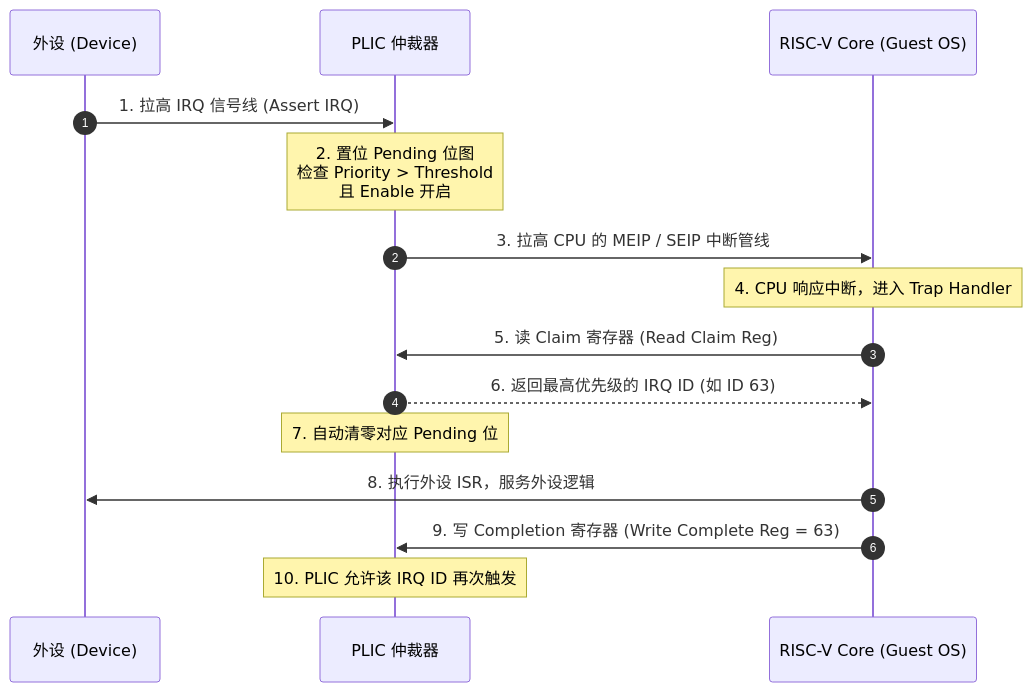
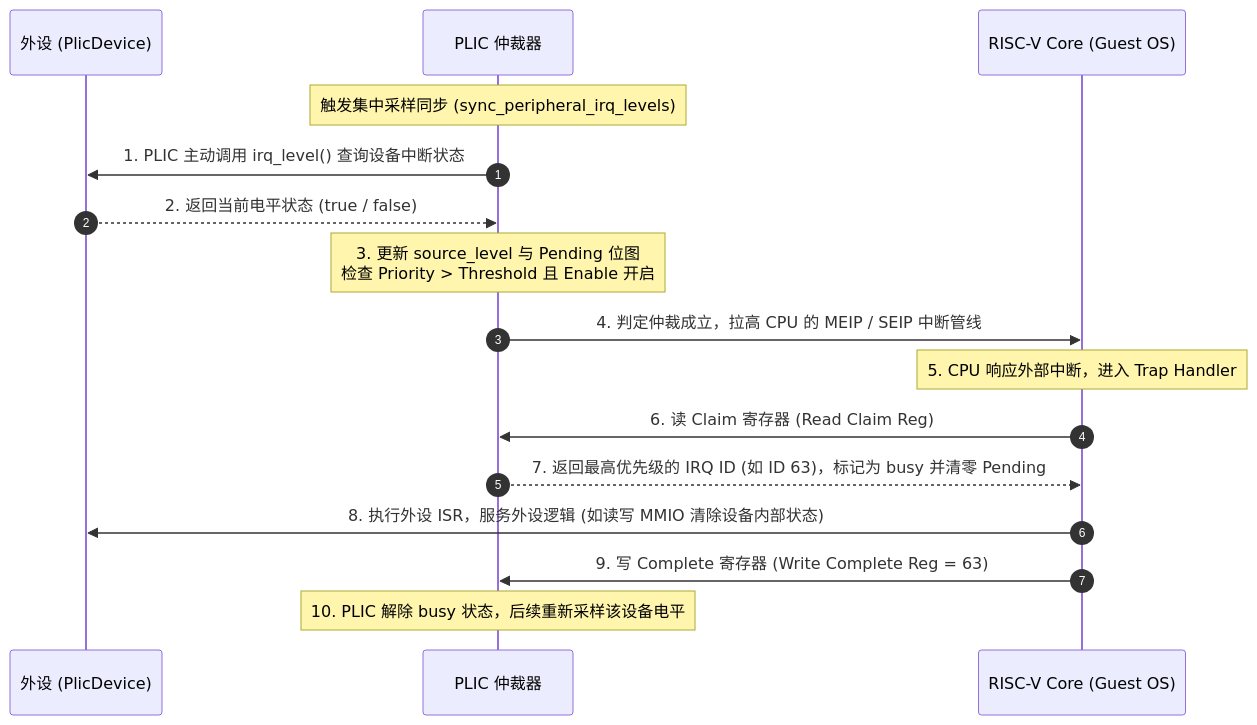
The second of 7 diagrams in content/projects/emu-exp-2026/Ch5.md (HEU-Direct-PhD-Program-in-CS/HEU-Direct-PhD-Program-in-CS.github.io), drawn with Mermaid before and after one commit. The commit also changed other lines of this file and 7 other files, not shown here.

````diff
--- a/content/projects/emu-exp-2026/Ch5.md
+++ b/content/projects/emu-exp-2026/Ch5.md
@@ -85,18 +86,19 @@
 ```mermaid
 sequenceDiagram
     autonumber
-    participant Dev as 外设 (Device)
+    participant Dev as 外设 (PlicDevice)
     participant PLIC as PLIC 仲裁器
     participant CPU as RISC-V Core (Guest OS)
 
-    Dev->>PLIC: 1. 拉高 IRQ 信号线 (Assert IRQ)
-    Note over PLIC: 2. 置位 Pending 位图<br/>检查 Priority > Threshold<br/>且 Enable 开启
-    PLIC->>CPU: 3. 拉高 CPU 的 MEIP / SEIP 中断管线
-    Note over CPU: 4. CPU 响应中断，进入 Trap Handler
-    CPU->>PLIC: 5. 读 Claim 寄存器 (Read Claim Reg)
-    PLIC-->>CPU: 6. 返回最高优先级的 IRQ ID (如 ID 63)
-    Note over PLIC: 7. 自动清零对应 Pending 位
-    CPU->>Dev: 8. 执行外设 ISR，服务外设逻辑
-    CPU->>PLIC: 9. 写 Completion 寄存器 (Write Complete Reg = 63)
-    Note over PLIC: 10. PLIC 允许该 IRQ ID 再次触发
+    Note over PLIC: 触发集中采样同步 (sync_peripheral_irq_levels)
+    PLIC->>Dev: 1. PLIC 主动调用 irq_level() 查询设备中断状态
+    Dev-->>PLIC: 2. 返回当前电平状态 (true / false)
+    Note over PLIC: 3. 更新 source_level 与 Pending 位图<br/>检查 Priority > Threshold 且 Enable 开启
+    PLIC->>CPU: 4. 判定仲裁成立，拉高 CPU 的 MEIP / SEIP 中断管线
+    Note over CPU: 5. CPU 响应外部中断，进入 Trap Handler
+    CPU->>PLIC: 6. 读 Claim 寄存器 (Read Claim Reg)
+    PLIC-->>CPU: 7. 返回最高优先级的 IRQ ID (如 ID 63)，标记为 busy 并清零 Pending
+    CPU->>Dev: 8. 执行外设 ISR，服务外设逻辑 (如读写 MMIO 清除设备内部状态)
+    CPU->>PLIC: 9. 写 Complete 寄存器 (Write Complete Reg = 63)
+    Note over PLIC: 10. PLIC 解除 busy 状态，后续重新采样该设备电平
 ```
````
